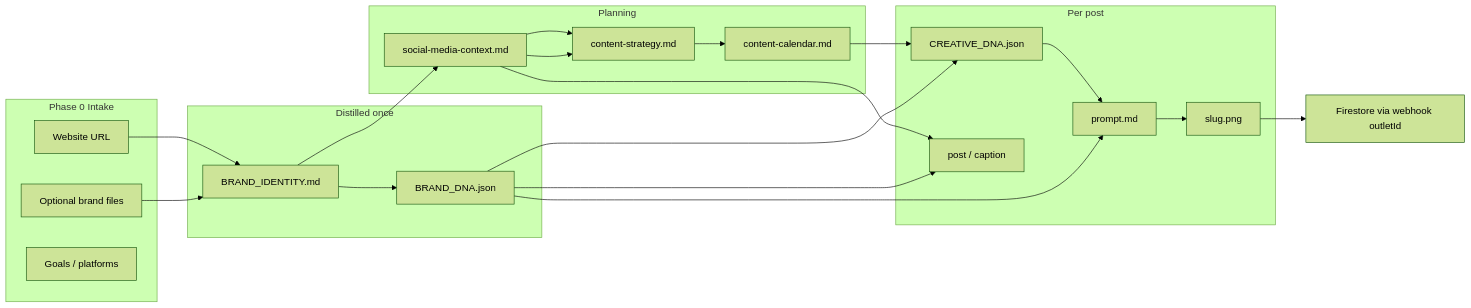
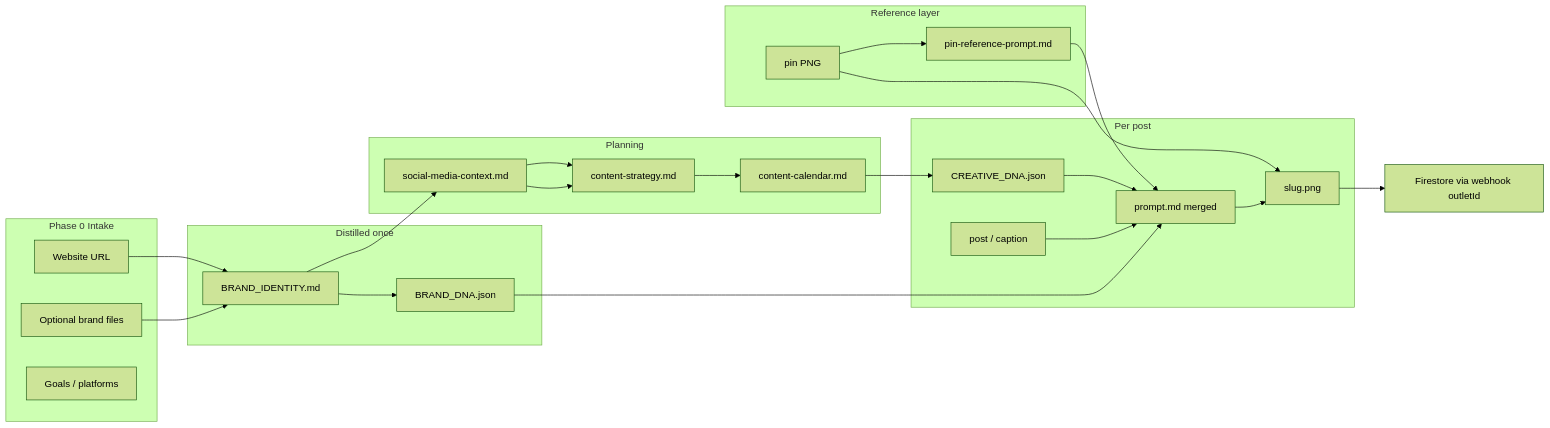
The diagram in docs/how-pipeline-works.md (shivpanks19/AI-Scripts), drawn with Mermaid (forest theme) before and after one commit. The commit also changed other lines of this file and 8 other files, not shown here.

First line of the commit message:
Add Phase 6a reference creative prompts and three-layer prompt merge

````diff
--- a/docs/how-pipeline-works.md
+++ b/docs/how-pipeline-works.md
@@ -50,41 +52,47 @@
 ```mermaid
 flowchart LR
   subgraph intake [Phase 0 Intake]
     W[Website URL]
     BF[Optional brand files]
     G[Goals / platforms]
   end
 
   subgraph distill [Distilled once]
     BI[BRAND_IDENTITY.md]
     BD[BRAND_DNA.json]
   end
 
   subgraph plans [Planning]
     SC[social-media-context.md]
     ST[content-strategy.md]
     CAL[content-calendar.md]
   end
 
+  subgraph refs [Reference layer]
+    PIN[pin PNG]
+    RP[pin-reference-prompt.md]
+  end
+
   subgraph creative [Per post]
     CD[CREATIVE_DNA.json]
     CP[post / caption]
-    PR[prompt.md]
+    PR[prompt.md merged]
     PNG[slug.png]
   end
 
   W --> BI
   BF --> BI
   BI --> SC
   BI --> BD
+  PIN --> RP
   SC --> ST
   SC --> ST --> CAL
   CAL --> CD
-  BD --> CD
-  SC --> CP
-  BD --> CP
+  RP --> PR
+  BD --> PR
   CD --> PR
-  BD --> PR
+  CP --> PR
   PR --> PNG
+  PIN --> PNG
   PNG --> FS[Firestore via webhook outletId]
 ```
````
